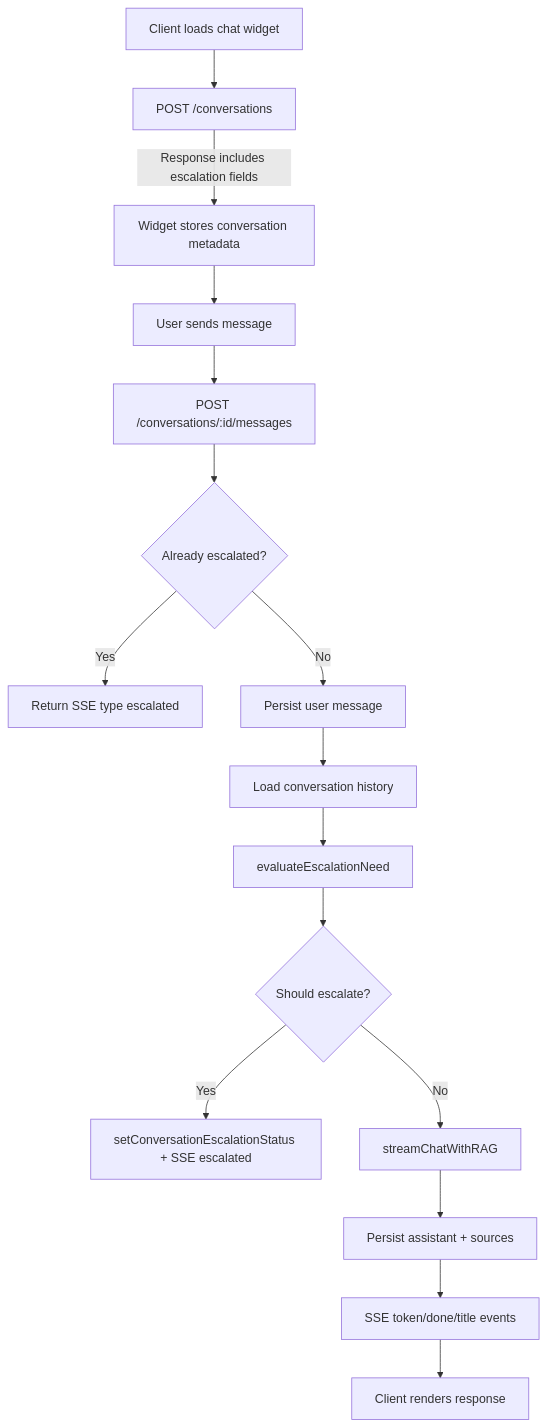
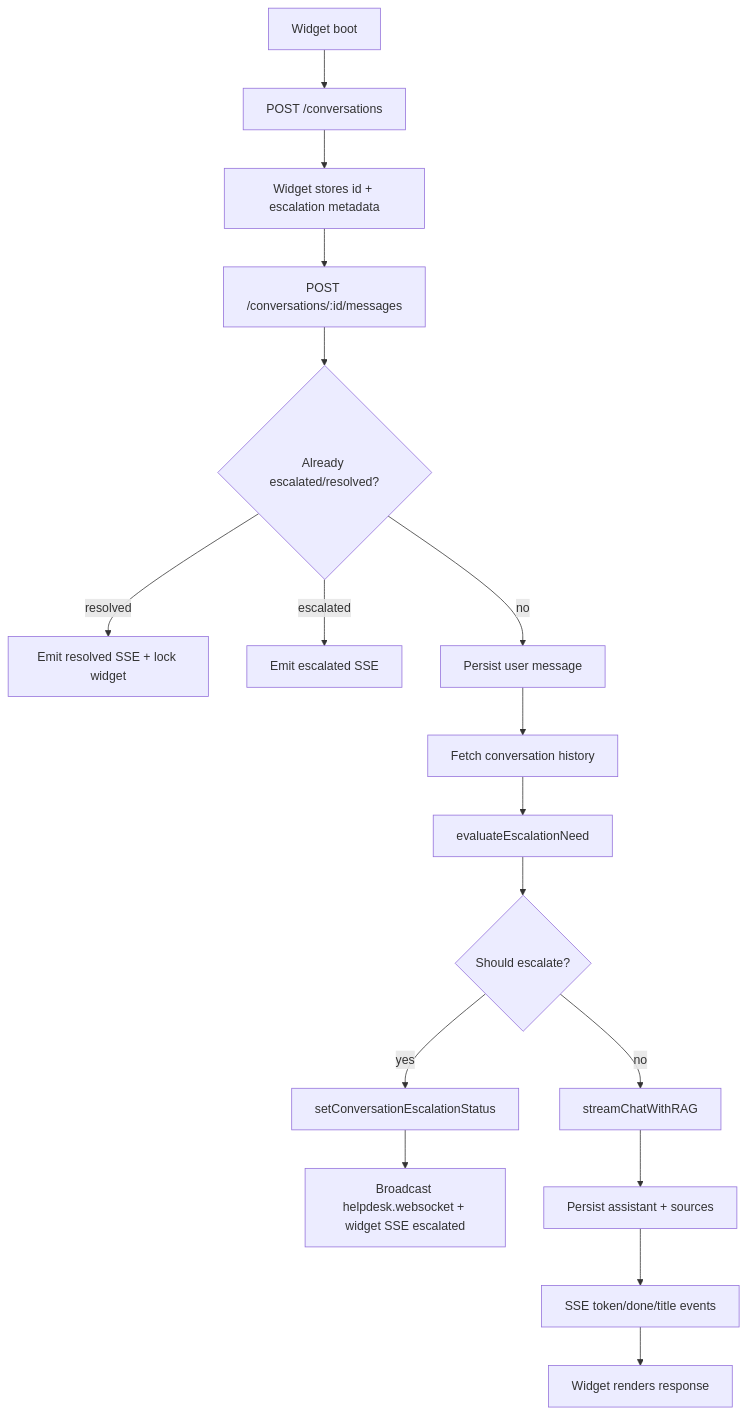
Before and after one commit to reyesprince31/jexity-chat-clean: the first of 2 diagrams in apps/api/README.md, drawn with Mermaid. The commit also changed other lines of this file and 26 other files, not shown here.

````diff
--- a/apps/api/README.md
+++ b/apps/api/README.md
@@ -30,18 +30,19 @@
 ```mermaid
 flowchart TD
-    A[Client loads chat widget] --> B[POST /conversations]
-    B -->|Response includes escalation fields| C[Widget stores conversation metadata]
-    C --> D[User sends message]
-    D --> E[POST /conversations/:id/messages]
-    E --> F{Already escalated?}
-    F -- Yes --> G[Return SSE type escalated]
-    F -- No --> H[Persist user message]
-    H --> I[Load conversation history]
-    I --> J[evaluateEscalationNeed]
-    J --> K{Should escalate?}
-    K -- Yes --> L[setConversationEscalationStatus + SSE escalated]
-    K -- No --> M[streamChatWithRAG]
+    A[Widget boot] --> B[POST /conversations]
+    B --> C[Widget stores id + escalation metadata]
+    C --> D[POST /conversations/:id/messages]
+    D --> E{Already escalated/resolved?}
+    E -- resolved --> R[Emit resolved SSE + lock widget]
+    E -- escalated --> F[Emit escalated SSE]
+    E -- no --> G[Persist user message]
+    G --> H[Fetch conversation history]
+    H --> I[evaluateEscalationNeed]
+    I --> J{Should escalate?}
+    J -- yes --> K[setConversationEscalationStatus]
+    K --> L[Broadcast helpdesk.websocket + widget SSE escalated]
+    J -- no --> M[streamChatWithRAG]
     M --> N[Persist assistant + sources]
     N --> O[SSE token/done/title events]
-    O --> P[Client renders response]
+    O --> P[Widget renders response]
 ```
````
